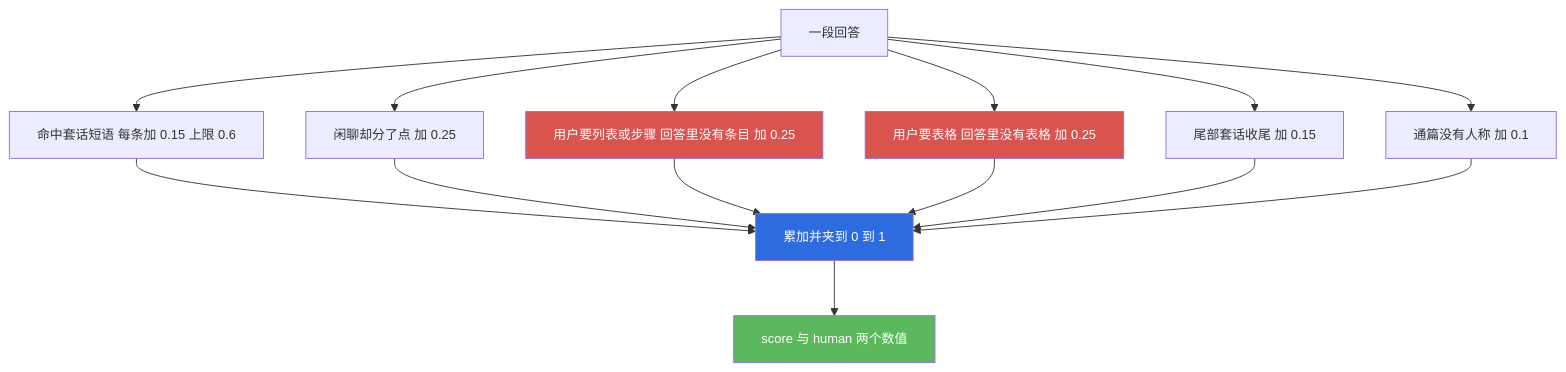
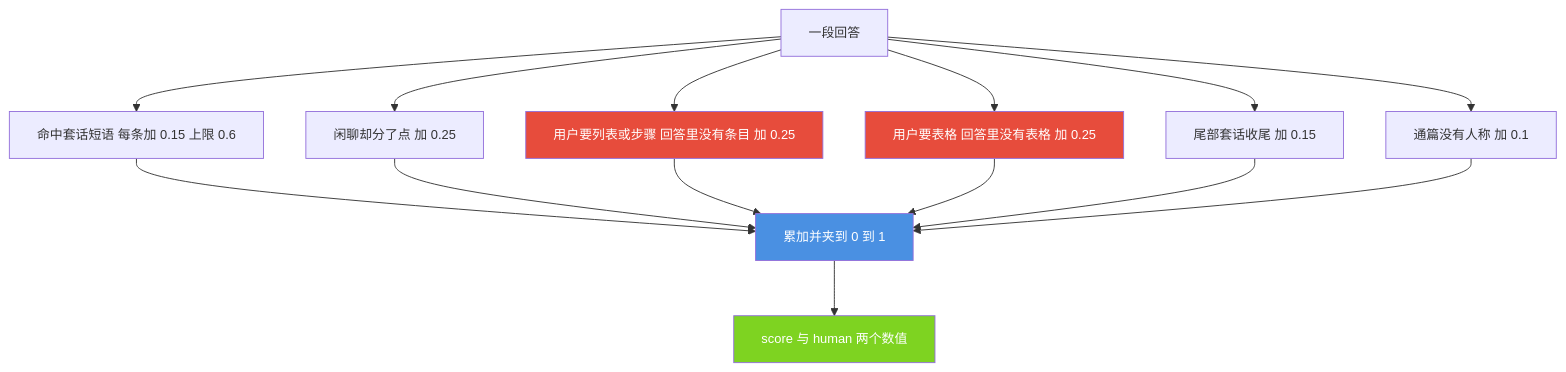
Before and after one commit to jiangchuangege/xiaojiao-harnees: the third of 4 diagrams in docs/modules/09-persona.md, drawn with Mermaid. The commit also changed other lines of this file and 32 other files, not shown here.

Commit message:
统一：全仓原理图配色到一套调色板 + 给 12 张灰图补色 + 修正自己会睡那张过期图

````diff
--- a/docs/modules/09-persona.md
+++ b/docs/modules/09-persona.md
@@ -136,22 +136,22 @@
 ```mermaid
 %%{init: {"themeVariables": {"fontSize": "14px"}, "flowchart": {"htmlLabels": true, "wrappingWidth": 330, "nodeSpacing": 46, "rankSpacing": 60, "useMaxWidth": true}}}%%
 flowchart TB
     T["一段回答"] --> D1["命中套话短语 每条加 0.15 上限 0.6"]
     T --> D2["闲聊却分了点 加 0.25"]
     T --> D3["用户要列表或步骤 回答里没有条目 加 0.25"]
     T --> D4["用户要表格 回答里没有表格 加 0.25"]
     T --> D5["尾部套话收尾 加 0.15"]
     D1 --> SUM["累加并夹到 0 到 1"]
     D2 --> SUM
     D3 --> SUM
     D4 --> SUM
     D5 --> SUM
     T --> D6["通篇没有人称 加 0.1"]
     D6 --> SUM
     SUM --> OUT["score 与 human 两个数值"]
 
-    style SUM fill:#2d6cdf,color:#fff
-    style OUT fill:#5cb85c,color:#fff
-    style D3 fill:#d9534f,color:#fff
-    style D4 fill:#d9534f,color:#fff
+    style SUM fill:#4A90E2,color:#fff
+    style OUT fill:#7ED321,color:#fff
+    style D3 fill:#E74C3C,color:#fff
+    style D4 fill:#E74C3C,color:#fff
 ```
````
